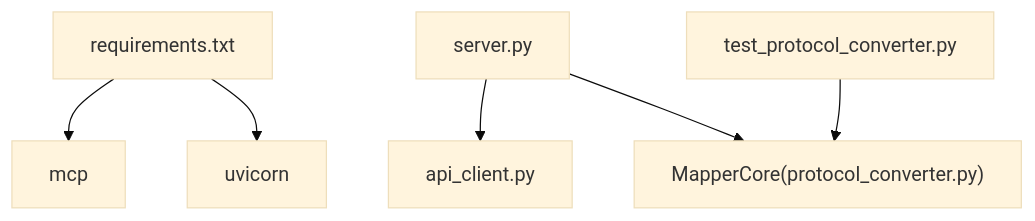
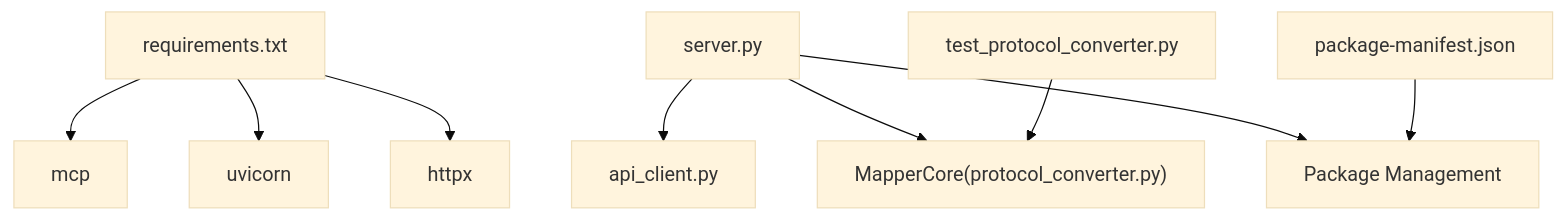
One commit to rookie-wind/web_ai changed the tenth of 10 diagrams in .qoder/repowiki/zh/content/开发指南/开发指南.md. Above: the diagram before and after it, drawn with Mermaid (base theme). The commit also changed other lines of this file and 117 other files, not shown here.

````diff
--- a/.qoder/repowiki/zh/content/开发指南/开发指南.md
+++ b/.qoder/repowiki/zh/content/开发指南/开发指南.md
@@ -248,8 +397,11 @@
 ```mermaid
 graph TB
 R["requirements.txt"] --> MCP["mcp"]
 R --> UV["uvicorn"]
+R --> HTTPX["httpx"]
 S["server.py"] --> AC["api_client.py"]
 S --> MAP["MapperCore(protocol_converter.py)"]
+S --> PKG["Package Management"]
 T["test_protocol_converter.py"] --> MAP
+PM["package-manifest.json"] --> PKG
 ```
````
